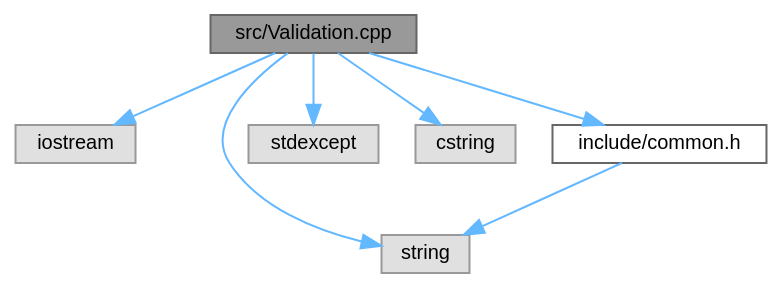
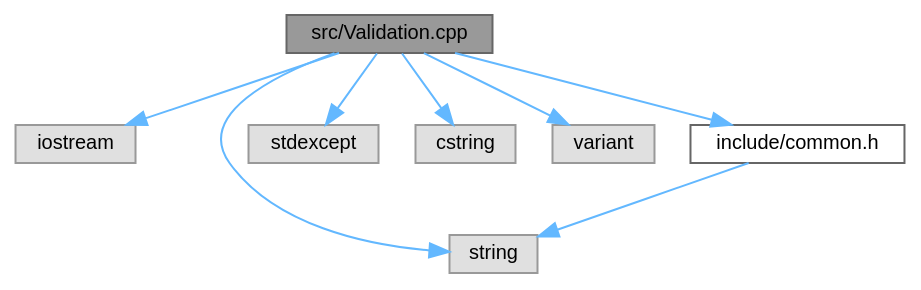
One commit to Dio720/Battleship-Puzzle-Game-Generator-docs changed the diagram in docs/_validation_8cpp__incl.dot. Above: the diagram before and after it, drawn with Graphviz. The commit also changed 15 other files, not shown here.

```diff
--- a/docs/_validation_8cpp__incl.dot
+++ b/docs/_validation_8cpp__incl.dot
@@ -1,19 +1,21 @@
 digraph "src/Validation.cpp"
 {
  // LATEX_PDF_SIZE
   bgcolor="transparent";
   edge [fontname=Helvetica,fontsize=10,labelfontname=Helvetica,labelfontsize=10];
   node [fontname=Helvetica,fontsize=10,shape=box,height=0.2,width=0.4];
   Node1 [id="Node000001",label="src/Validation.cpp",height=0.2,width=0.4,color="gray40", fillcolor="grey60", style="filled", fontcolor="black",tooltip=" "];
   Node1 -> Node2 [id="edge1_Node000001_Node000002",color="steelblue1",style="solid",tooltip=" "];
   Node2 [id="Node000002",label="iostream",height=0.2,width=0.4,color="grey60", fillcolor="#E0E0E0", style="filled",tooltip=" "];
   Node1 -> Node3 [id="edge2_Node000001_Node000003",color="steelblue1",style="solid",tooltip=" "];
   Node3 [id="Node000003",label="string",height=0.2,width=0.4,color="grey60", fillcolor="#E0E0E0", style="filled",tooltip=" "];
   Node1 -> Node4 [id="edge3_Node000001_Node000004",color="steelblue1",style="solid",tooltip=" "];
   Node4 [id="Node000004",label="stdexcept",height=0.2,width=0.4,color="grey60", fillcolor="#E0E0E0", style="filled",tooltip=" "];
   Node1 -> Node5 [id="edge4_Node000001_Node000005",color="steelblue1",style="solid",tooltip=" "];
   Node5 [id="Node000005",label="cstring",height=0.2,width=0.4,color="grey60", fillcolor="#E0E0E0", style="filled",tooltip=" "];
   Node1 -> Node6 [id="edge5_Node000001_Node000006",color="steelblue1",style="solid",tooltip=" "];
-  Node6 [id="Node000006",label="include/common.h",height=0.2,width=0.4,color="grey40", fillcolor="white", style="filled",URL="$common_8h.html",tooltip=" "];
-  Node6 -> Node3 [id="edge6_Node000006_Node000003",color="steelblue1",style="solid",tooltip=" "];
+  Node6 [id="Node000006",label="variant",height=0.2,width=0.4,color="grey60", fillcolor="#E0E0E0", style="filled",tooltip=" "];
+  Node1 -> Node7 [id="edge6_Node000001_Node000007",color="steelblue1",style="solid",tooltip=" "];
+  Node7 [id="Node000007",label="include/common.h",height=0.2,width=0.4,color="grey40", fillcolor="white", style="filled",URL="$common_8h.html",tooltip=" "];
+  Node7 -> Node3 [id="edge7_Node000007_Node000003",color="steelblue1",style="solid",tooltip=" "];
 }
```
